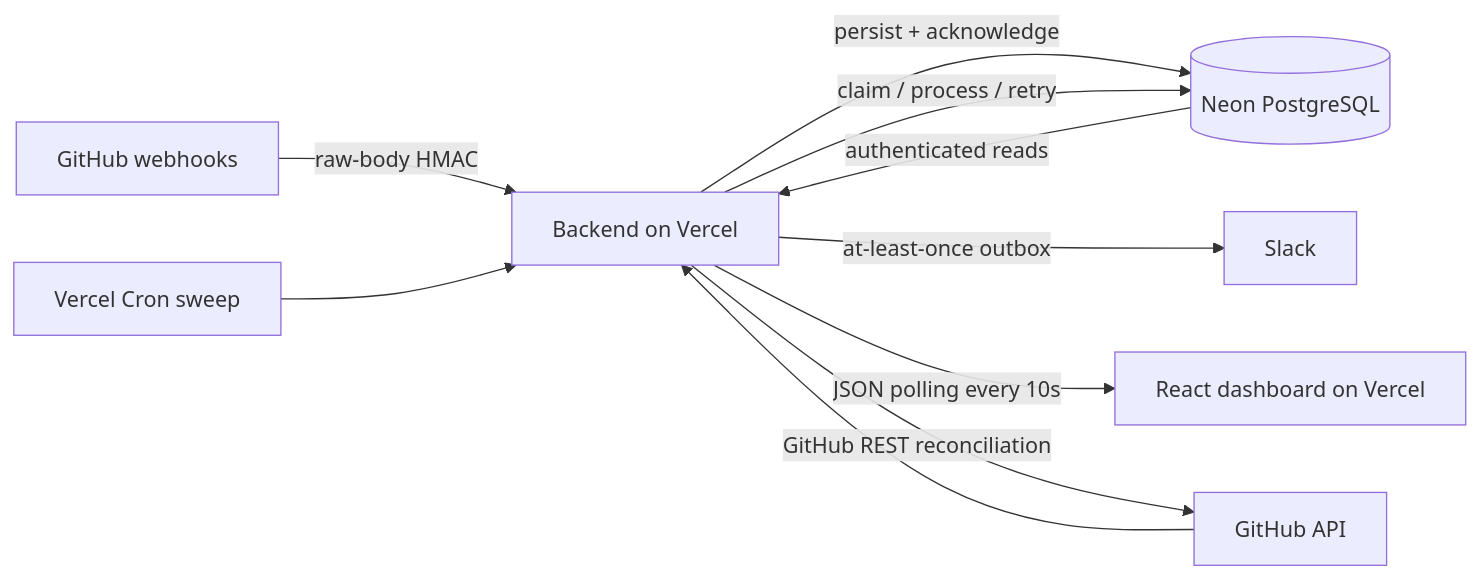
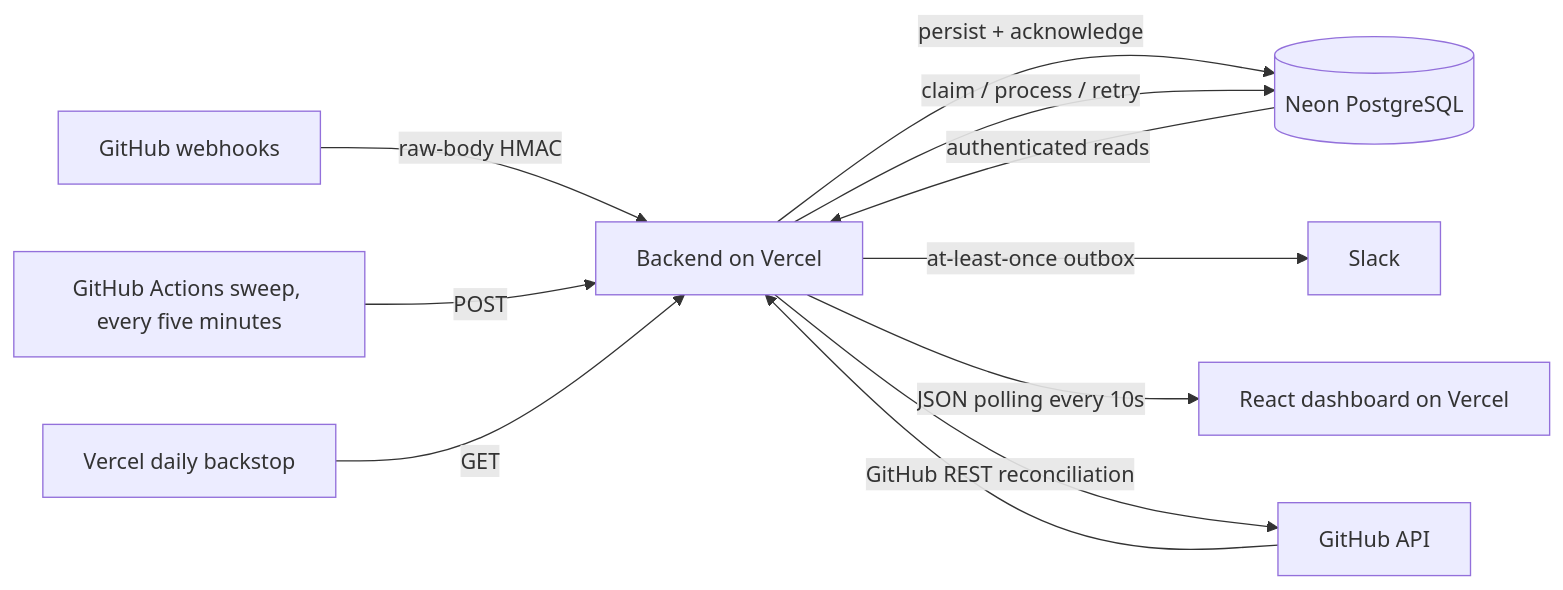
Before and after one commit to TechTonic001/Shipwatch: the diagram in README.md, drawn with Mermaid. The commit also changed other lines of this file and 9 other files, not shown here.

Commit message:
feat: implement Vercel cron management and backend sweep functionality

````diff
--- a/README.md
+++ b/README.md
@@ -13,12 +13,13 @@
 ```mermaid
 flowchart LR
   GH[GitHub webhooks] -->|raw-body HMAC| API[Backend on Vercel]
   API -->|persist + acknowledge| DB[(Neon PostgreSQL)]
-  CRON[Vercel Cron sweep] --> API
+  GHCRON[GitHub Actions sweep, every five minutes] -->|POST| API
+  VCRON[Vercel daily backstop] -->|GET| API
   API -->|claim / process / retry| DB
   API -->|at-least-once outbox| SLACK[Slack]
   DB -->|authenticated reads| API
   API -->|JSON polling every 10s| UI[React dashboard on Vercel]
   API -->|GitHub REST reconciliation| GHAPI[GitHub API]
   GHAPI --> API
 ```
````
